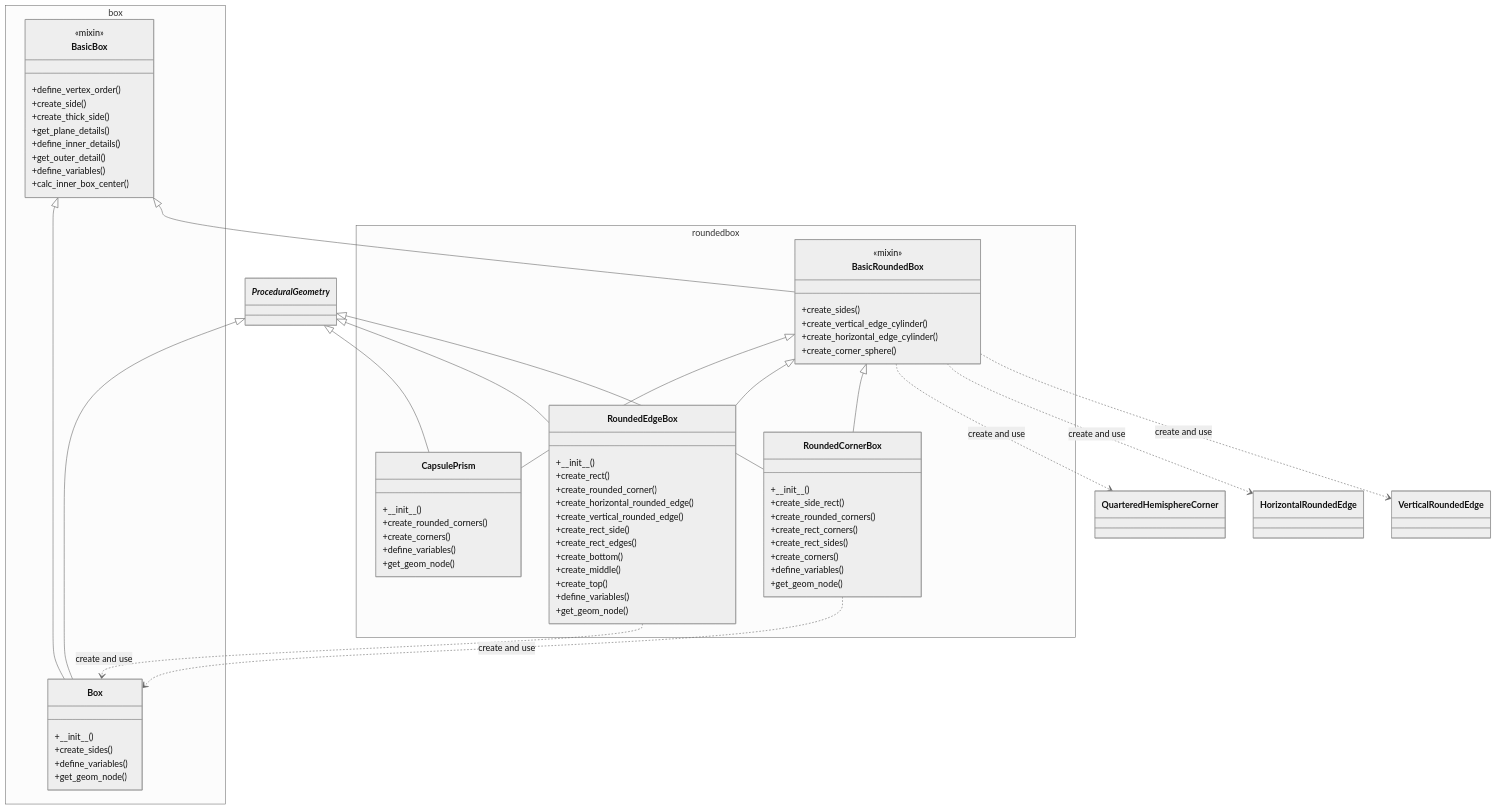
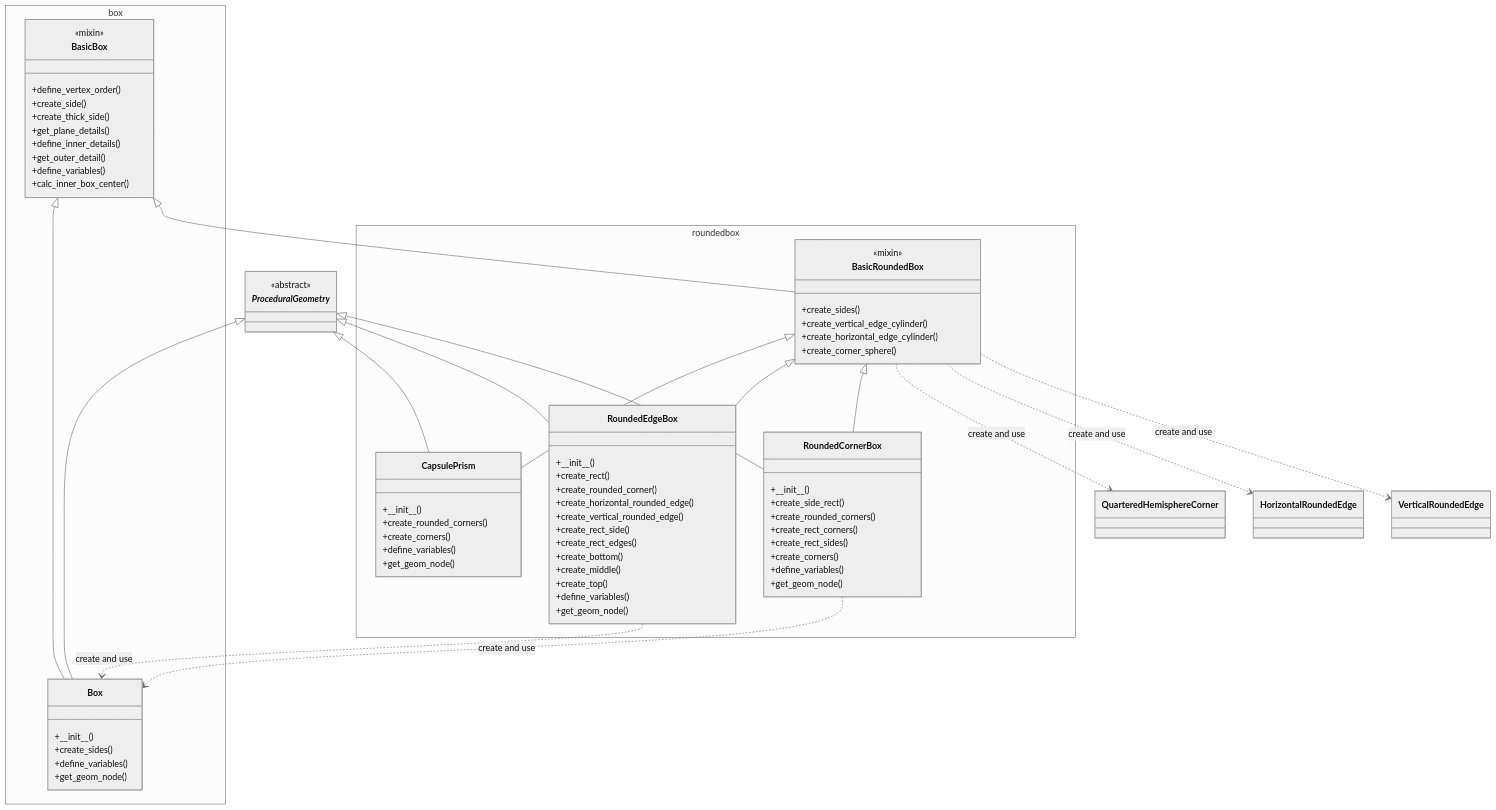
The third of 5 diagrams in README.md (taKana671/shapes), drawn with Mermaid (neutral theme) before and after one commit. The commit also changed other lines of this file, not shown here.

````diff
--- a/README.md
+++ b/README.md
@@ -236,6 +239,9 @@
 ```mermaid
 classDiagram
-  direction TB
+
+  class _ProceduralGeometry_{
+    <<abstract>>
+  }
 
   namespace box {
     class BasicBox{
````
